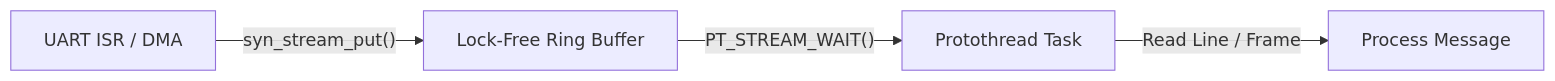
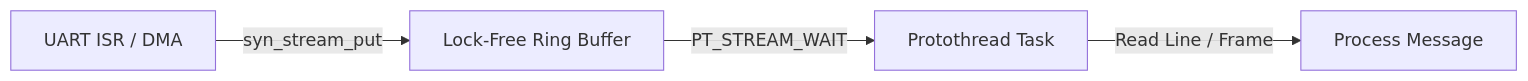
Before and after one commit to chenyurong22/SyntropicOS: the diagram in docs/modules/core.md, drawn with Mermaid. The commit also changed 8 other files, not shown here.

First line of the commit message:
docs(mermaid): fix unquoted parentheses and invalid syntax across all documentation diagrams

````diff
--- a/docs/modules/core.md
+++ b/docs/modules/core.md
@@ -27,6 +27,6 @@
 ```mermaid
 flowchart LR
-    ISR["UART ISR / DMA"] -- syn_stream_put() --> RingBuffer["Lock-Free Ring Buffer"]
-    RingBuffer -- PT_STREAM_WAIT() --> Protothread["Protothread Task"]
-    Protothread -- Read Line / Frame --> Processing["Process Message"]
+    ISR["UART ISR / DMA"] -->|syn_stream_put| RingBuffer["Lock-Free Ring Buffer"]
+    RingBuffer -->|PT_STREAM_WAIT| Protothread["Protothread Task"]
+    Protothread -->|Read Line / Frame| Processing["Process Message"]
 ```
````
